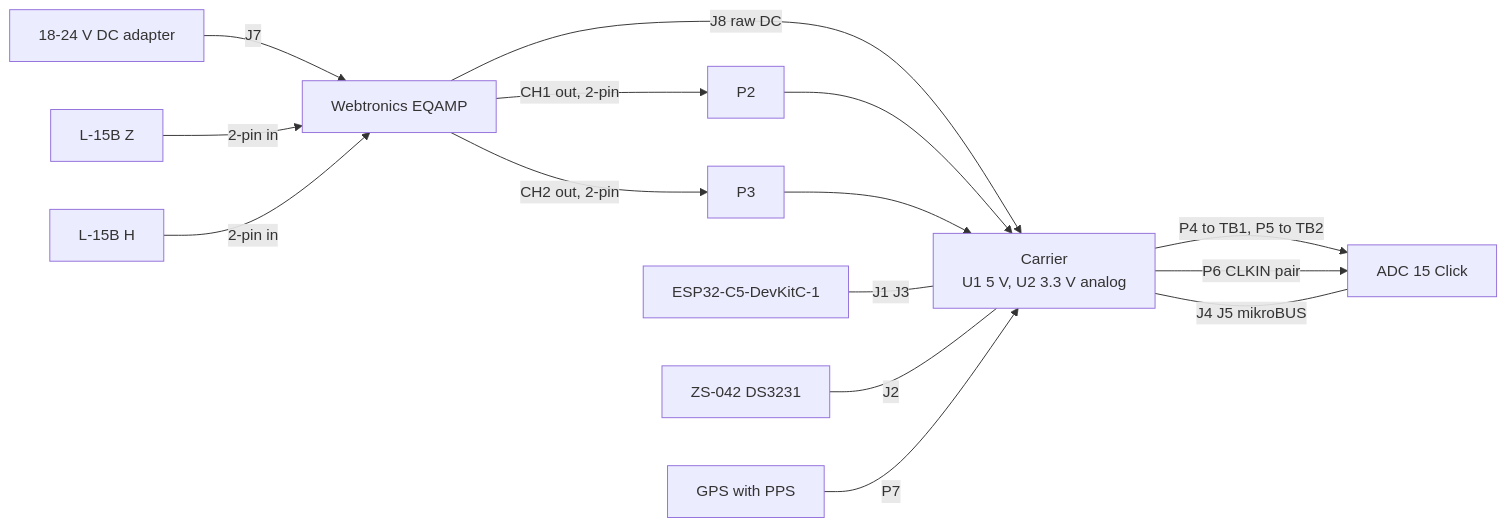
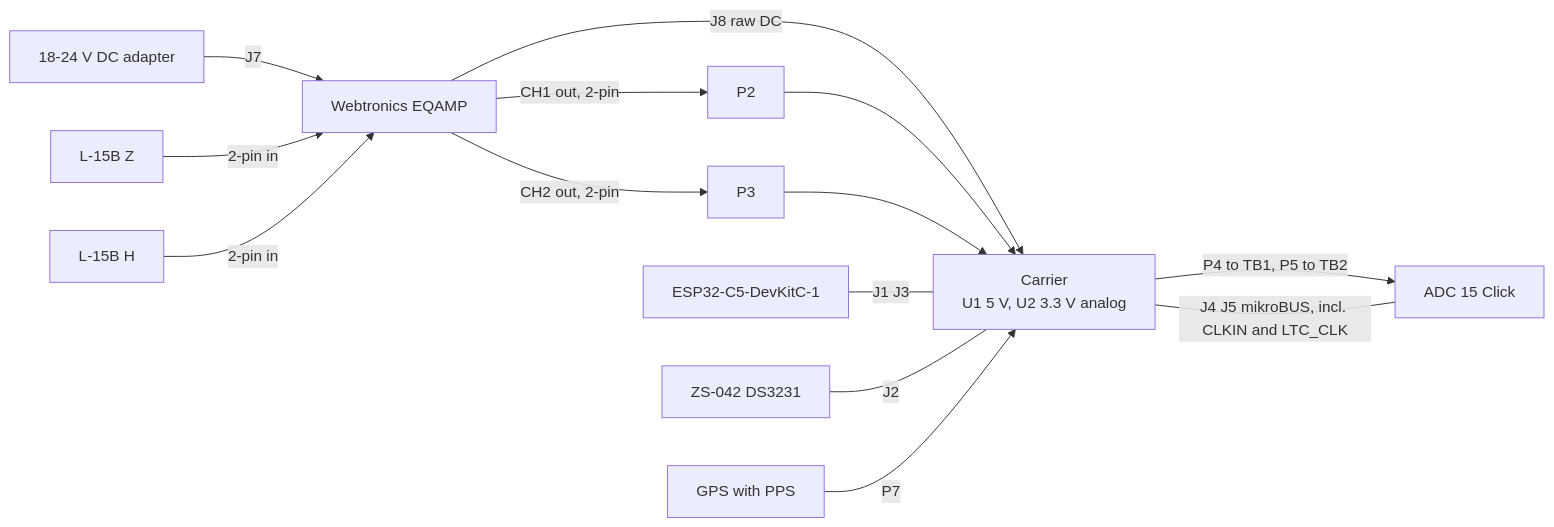
The diagram in hardware/carrier/README.md (vpatoka/esp32seismo), drawn with Mermaid before and after one commit. The commit also changed other lines of this file and 4 other files, not shown here.

````diff
--- a/hardware/carrier/README.md
+++ b/hardware/carrier/README.md
@@ -39,17 +39,16 @@
 ```mermaid
 flowchart LR
     PSU[18-24 V DC adapter] -->|J7| EQ[Webtronics EQAMP]
     EQ -->|J8 raw DC| CB[Carrier<br/>U1 5 V, U2 3.3 V analog]
     GZ[L-15B Z] -->|2-pin in| EQ
     GH[L-15B H] -->|2-pin in| EQ
     EQ -->|CH1 out, 2-pin| P2[P2]
     EQ -->|CH2 out, 2-pin| P3[P3]
     P2 --> CB
     P3 --> CB
     CB -->|P4 to TB1, P5 to TB2| CLICK[ADC 15 Click]
-    CB -->|P6 CLKIN pair| CLICK
-    CLICK ---|J4 J5 mikroBUS| CB
+    CLICK ---|J4 J5 mikroBUS, incl. CLKIN and LTC_CLK| CB
     DK[ESP32-C5-DevKitC-1] ---|J1 J3| CB
     RTC[ZS-042 DS3231] ---|J2| CB
     GPS[GPS with PPS] -->|P7| CB
 ```
````
